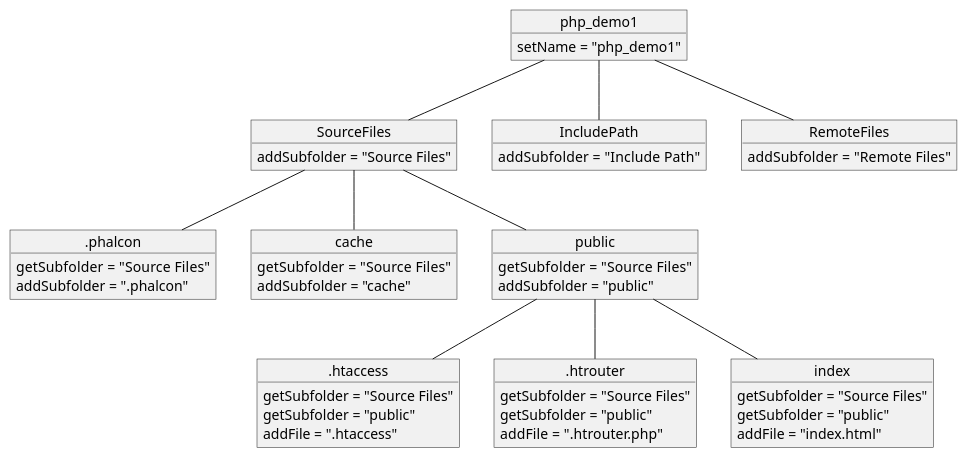
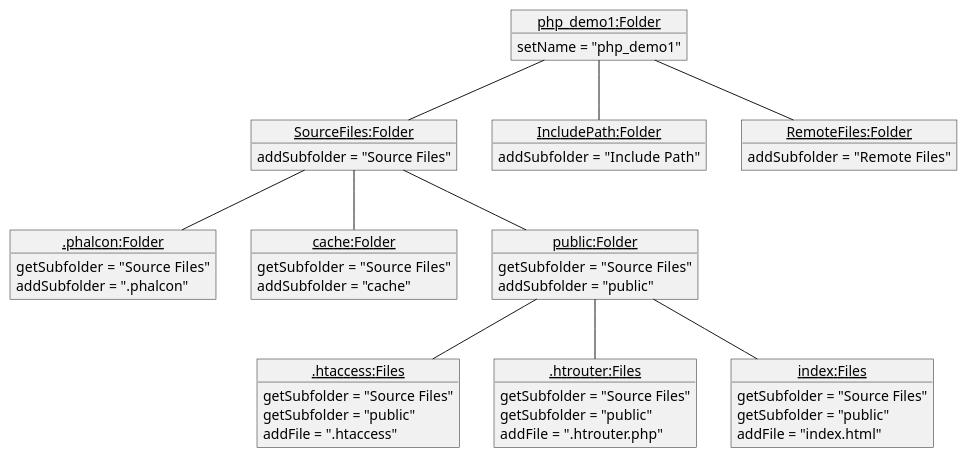
One commit to minjung1004/CS4800-HW3 changed the diagram in src/ObjectDiagram/Folders.puml. Above: the diagram before and after it, drawn with PlantUML. The commit also changed 7 other files, not shown here.

```diff
--- a/src/ObjectDiagram/Folders.puml
+++ b/src/ObjectDiagram/Folders.puml
@@ -1,55 +1,55 @@
 @startuml
-object php_demo1 {
+object "<u>php_demo1:Folder</u>" as php {
     setName = "php_demo1"
 }
-object SourceFiles {
+object "<u>SourceFiles:Folder</u>" as sf {
     addSubfolder = "Source Files"
 }
-object IncludePath {
+object "<u>IncludePath:Folder</u>" as ip {
     addSubfolder  = "Include Path"
 }
-object RemoteFiles{
+object "<u>RemoteFiles:Folder</u>" as rf {
     addSubfolder  = "Remote Files"
 }
-object .phalcon {
+object "<u>.phalcon:Folder</u>" as phalcon {
     getSubfolder  = "Source Files"
     addSubfolder = ".phalcon"
 }
 
-object cache {
+object "<u>cache:Folder</u>" as cache{
     getSubfolder  = "Source Files"
     addSubfolder = "cache"
 }
-object public {
+object  "<u>public:Folder</u>" as public {
     getSubfolder  = "Source Files"
     addSubfolder = "public"
 }
 
 
-object .htaccess {
+object "<u>.htaccess:Files</u>" as hta {
     getSubfolder = "Source Files"
     getSubfolder = "public"
     addFile = ".htaccess"
 }
-object .htrouter {
+object "<u>.htrouter:Files</u>" as htr {
     getSubfolder = "Source Files"
     getSubfolder = "public"
     addFile = ".htrouter.php"
 }
-object index {
+object "<u>index:Files</u>" as index{
     getSubfolder = "Source Files"
     getSubfolder = "public"
     addFile = "index.html"
 }
 
-php_demo1 -- SourceFiles
-php_demo1 -- IncludePath
-php_demo1 -- RemoteFiles
-SourceFiles -- .phalcon
-SourceFiles -- cache
-SourceFiles -- public
-public -- .htaccess
-public -- .htrouter
+php -- sf
+php -- ip
+php -- rf
+sf -- phalcon
+sf -- cache
+sf -- public
+public -- hta
+public -- htr
 public -- index
 
 @enduml
```
